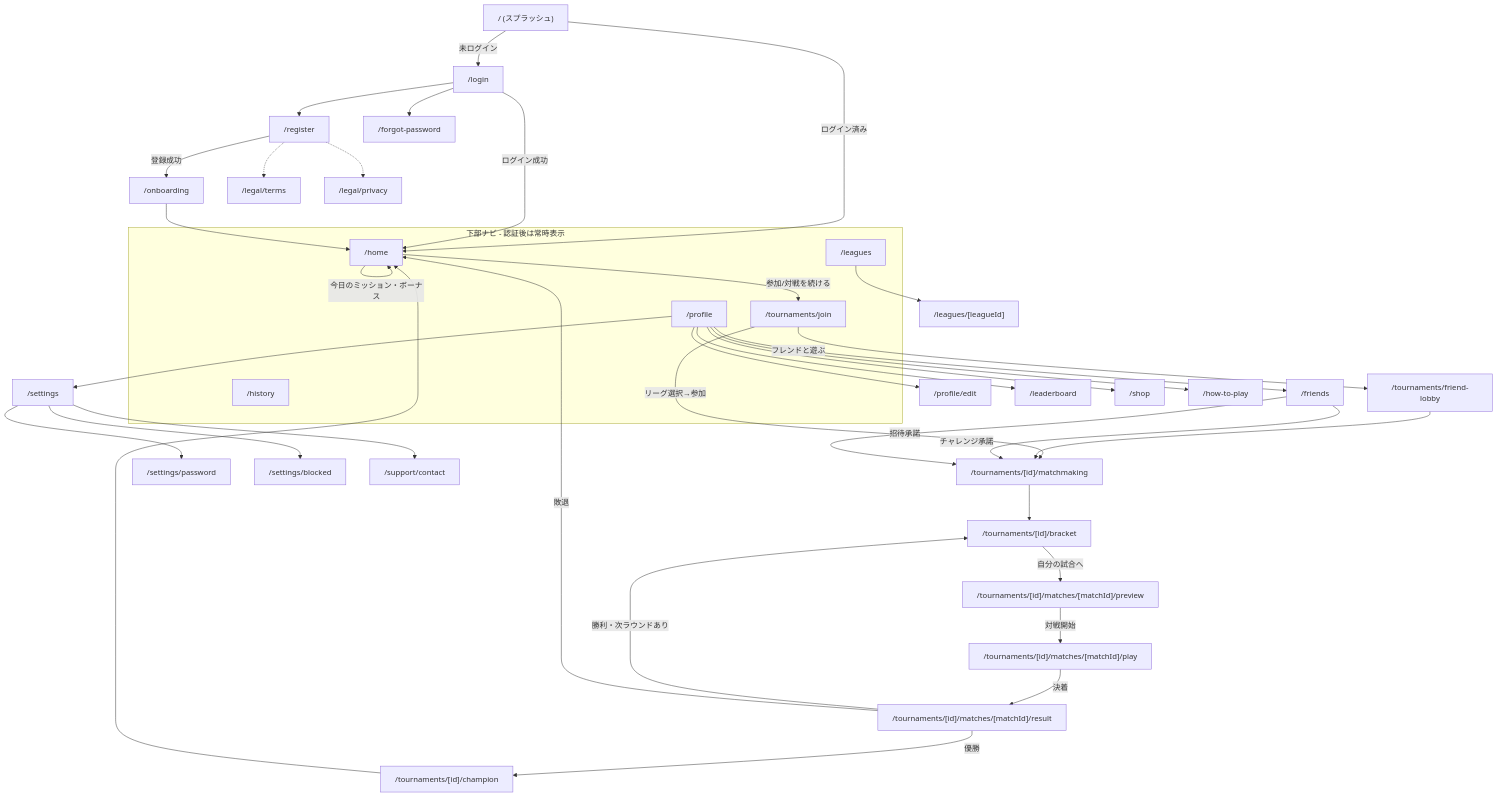
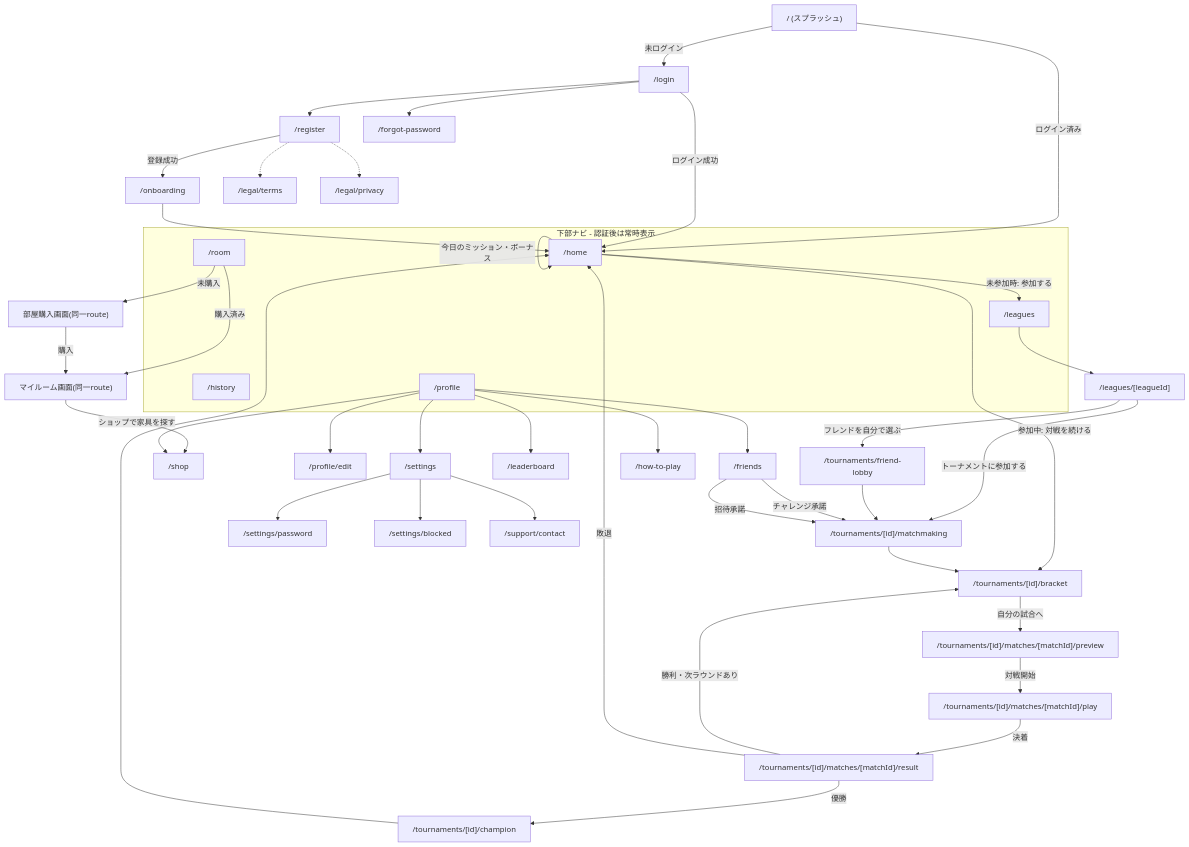
The first of 2 diagrams in docs/16_DESIGN_DOCUMENT.md (YuuheiOokawa/MindArena), drawn with Mermaid before and after one commit. The commit also changed other lines of this file and 8 other files, not shown here.

````diff
--- a/docs/16_DESIGN_DOCUMENT.md
+++ b/docs/16_DESIGN_DOCUMENT.md
@@ -149,53 +150,58 @@
 ```mermaid
 flowchart TD
     Splash["/ (スプラッシュ)"] -->|未ログイン| Login["/login"]
     Splash -->|ログイン済み| Home["/home"]
 
     Login -->|ログイン成功| Home
     Login --> Register["/register"]
     Login --> Forgot["/forgot-password"]
     Register -->|登録成功| Onboarding["/onboarding"]
     Onboarding --> Home
 
     subgraph nav["下部ナビ - 認証後は常時表示"]
         Home
         Leagues["/leagues"]
-        JoinTournament["/tournaments/join"]
+        Room["/room"]
         History["/history"]
         Profile["/profile"]
     end
 
-    Home -->|参加/対戦を続ける| JoinTournament
+    Home -->|未参加時: 参加する| Leagues
+    Home -->|参加中: 対戦を続ける| Bracket
     Home -->|今日のミッション・ボーナス| Home
-    JoinTournament -->|リーグ選択→参加| Matchmaking["/tournaments/[id]/matchmaking"]
-    JoinTournament -->|フレンドと遊ぶ| FriendLobby["/tournaments/friend-lobby"]
+    Leagues --> LeagueDetail["/leagues/[leagueId]"]
+    LeagueDetail -->|トーナメントに参加する| Matchmaking["/tournaments/[id]/matchmaking"]
+    LeagueDetail -->|フレンドを自分で選ぶ| FriendLobby["/tournaments/friend-lobby"]
     FriendLobby --> Matchmaking
 
     Matchmaking --> Bracket["/tournaments/[id]/bracket"]
     Bracket -->|自分の試合へ| Preview["/tournaments/[id]/matches/[matchId]/preview"]
     Preview -->|対戦開始| Play["/tournaments/[id]/matches/[matchId]/play"]
     Play -->|決着| Result["/tournaments/[id]/matches/[matchId]/result"]
     Result -->|勝利・次ラウンドあり| Bracket
     Result -->|優勝| Champion["/tournaments/[id]/champion"]
     Result -->|敗退| Home
     Champion --> Home
 
-    Leagues --> LeagueDetail["/leagues/[leagueId]"]
+    Room -->|未購入| RoomBuy["部屋購入画面(同一route)"]
+    Room -->|購入済み| MyRoom["マイルーム画面(同一route)"]
+    RoomBuy -->|購入| MyRoom
+    MyRoom -->|ショップで家具を探す| Shop
 
     Profile --> ProfileEdit["/profile/edit"]
     Profile --> Settings["/settings"]
     Profile --> Leaderboard["/leaderboard"]
     Profile --> Shop["/shop"]
     Profile --> Friends["/friends"]
     Profile --> HowToPlay["/how-to-play"]
 
     Settings --> SettingsPassword["/settings/password"]
     Settings --> SettingsBlocked["/settings/blocked"]
     Settings --> Contact["/support/contact"]
 
     Friends -->|チャレンジ承諾| Matchmaking
     Friends -->|招待承諾| Matchmaking
 
     Register -.-> LegalTerms["/legal/terms"]
     Register -.-> LegalPrivacy["/legal/privacy"]
 ```
````
